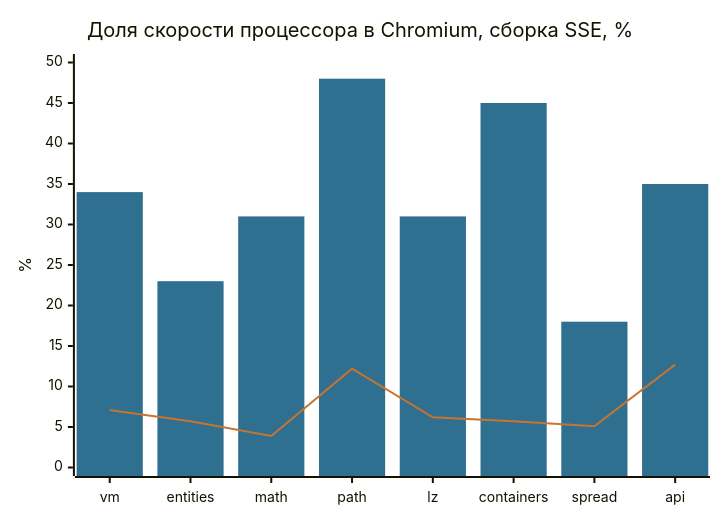
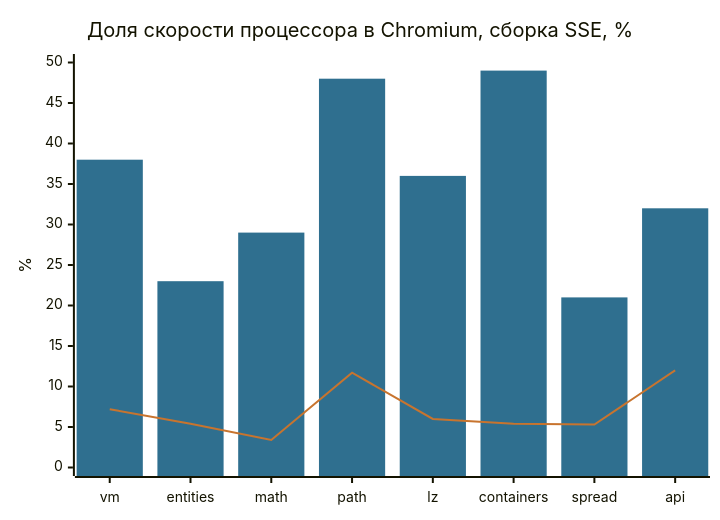
Before and after one commit to bottlify/bottlify: the fourth of 4 diagrams in modules/cork/README.ru.md, drawn with Mermaid. The commit also changed other lines of this file and 1 other file, not shown here.

````diff
--- a/modules/cork/README.ru.md
+++ b/modules/cork/README.ru.md
@@ -195,9 +195,9 @@
 ```mermaid
 %%{init: {"theme": "base", "themeVariables": {"fontFamily": "Inter, Segoe UI, Helvetica, Arial, sans-serif", "xyChart": {"plotColorPalette": "#2F6F8F, #C8742E"}}}}%%
 xychart-beta
   title "Доля скорости процессора в Chromium, сборка SSE, %"
   x-axis [vm, entities, math, path, lz, containers, spread, api]
   y-axis "%" 0 --> 50
-  bar [34, 23, 31, 48, 31, 45, 18, 35]
-  line [7.1, 5.7, 3.9, 12.2, 6.2, 5.7, 5.1, 12.7]
+  bar [38, 23, 29, 48, 36, 49, 21, 32]
+  line [7.2, 5.4, 3.4, 11.7, 6.0, 5.4, 5.3, 12.0]
 ```
````
